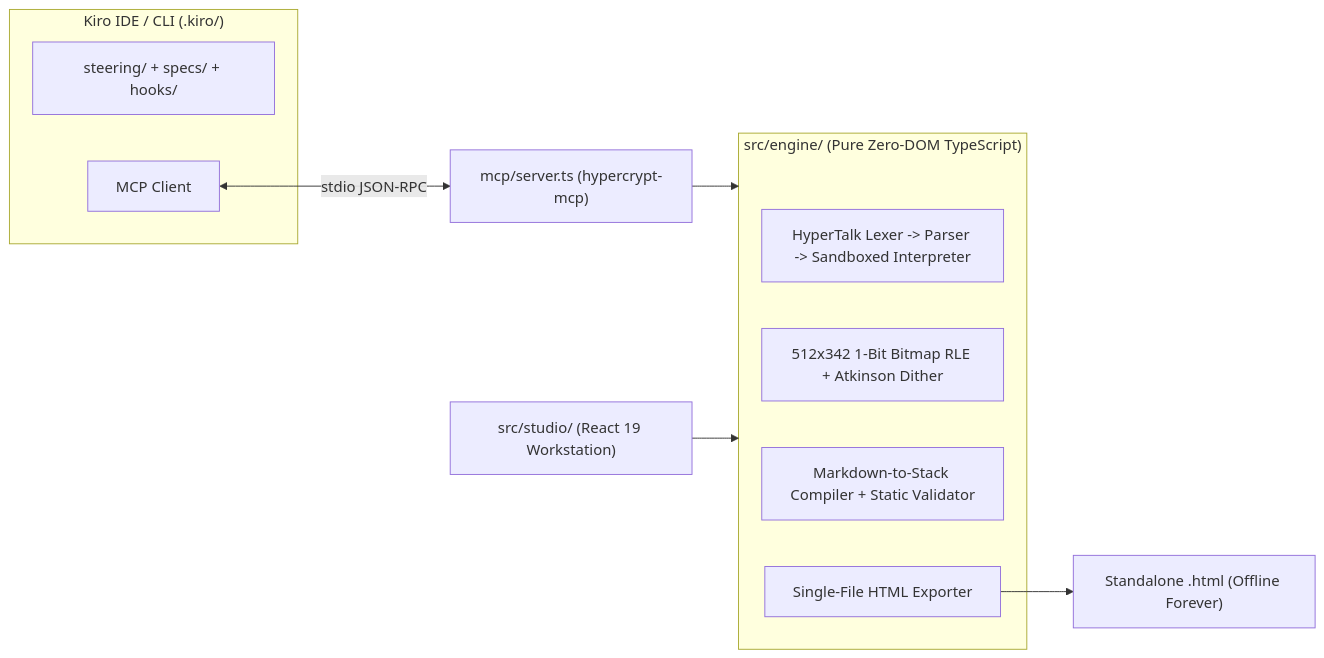
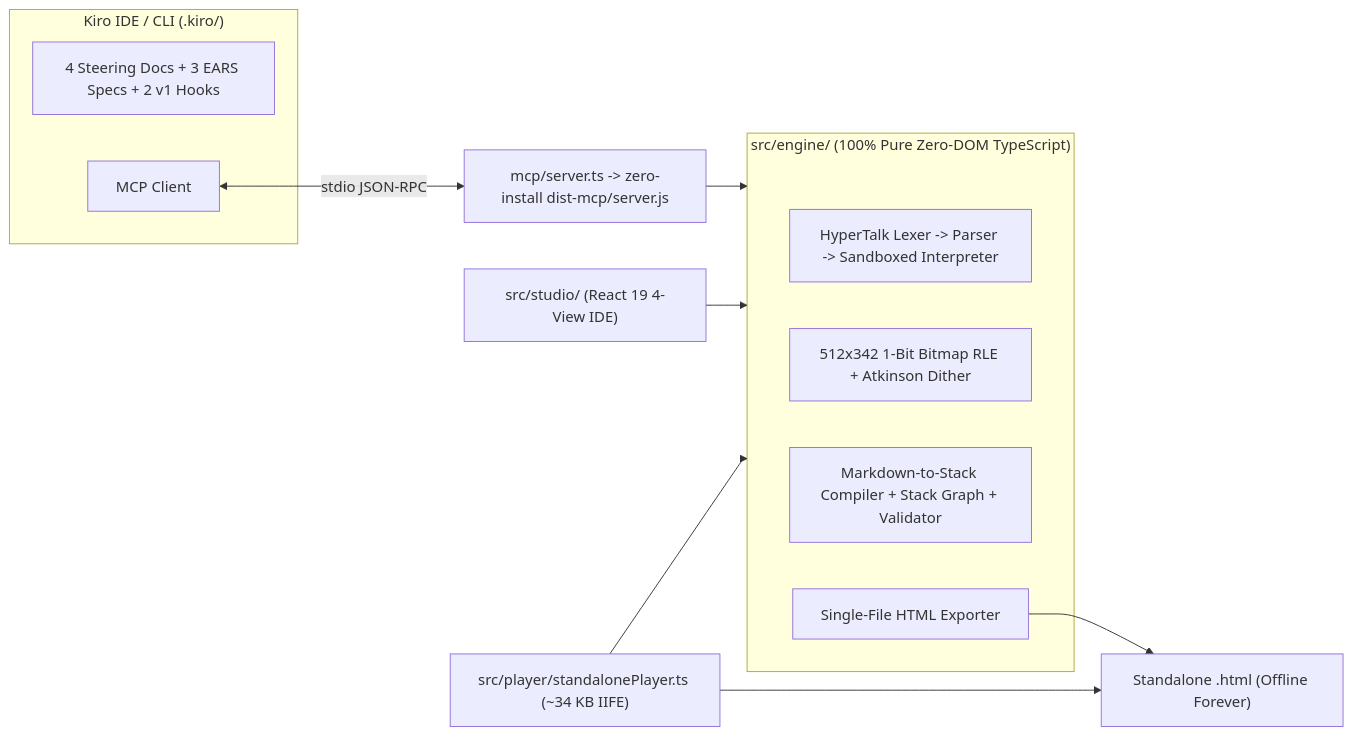
One commit to pan609/hypercrypt changed the diagram in README.md. Above: the diagram before and after it, drawn with Mermaid. The commit also changed other lines of this file and 29 other files, not shown here.

Commit message:
fix(r1): resolve all Judge R1 P0/P1 findings (clean-clone hooks, lifecycle parity, singleton audio, pure engine, live MD runtime, broken map links, screenshots)

````diff
--- a/README.md
+++ b/README.md
@@ -57,19 +69,21 @@
 ```mermaid
 flowchart LR
   subgraph Kiro["Kiro IDE / CLI (.kiro/)"]
-    Steering["steering/ + specs/ + hooks/"]
+    Steering["4 Steering Docs + 3 EARS Specs + 2 v1 Hooks"]
     MCPClient["MCP Client"]
   end
 
-  subgraph Shared["src/engine/ (Pure Zero-DOM TypeScript)"]
+  subgraph Shared["src/engine/ (100% Pure Zero-DOM TypeScript)"]
     HT["HyperTalk Lexer -> Parser -> Sandboxed Interpreter"]
     Bit["512x342 1-Bit Bitmap RLE + Atkinson Dither"]
-    Comp["Markdown-to-Stack Compiler + Static Validator"]
+    Comp["Markdown-to-Stack Compiler + Stack Graph + Validator"]
     Exp["Single-File HTML Exporter"]
   end
 
-  MCPClient <-->|stdio JSON-RPC| MCPServer["mcp/server.ts (hypercrypt-mcp)"]
+  MCPClient <-->|stdio JSON-RPC| MCPServer["mcp/server.ts -> zero-install dist-mcp/server.js"]
   MCPServer --> Shared
-  Studio["src/studio/ (React 19 Workstation)"] --> Shared
+  Studio["src/studio/ (React 19 4-View IDE)"] --> Shared
+  Player["src/player/standalonePlayer.ts (~34 KB IIFE)"] --> Shared
   Exp --> Offline["Standalone .html (Offline Forever)"]
+  Player --> Offline
 ```
````
